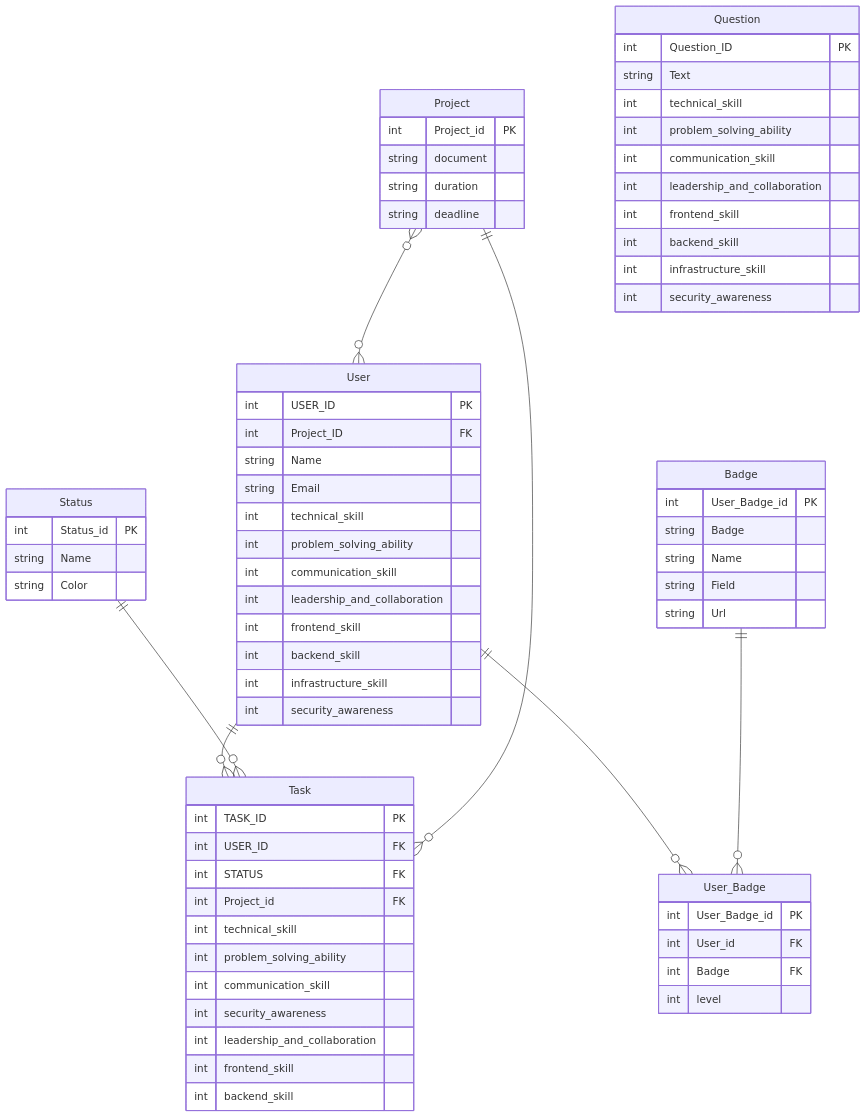
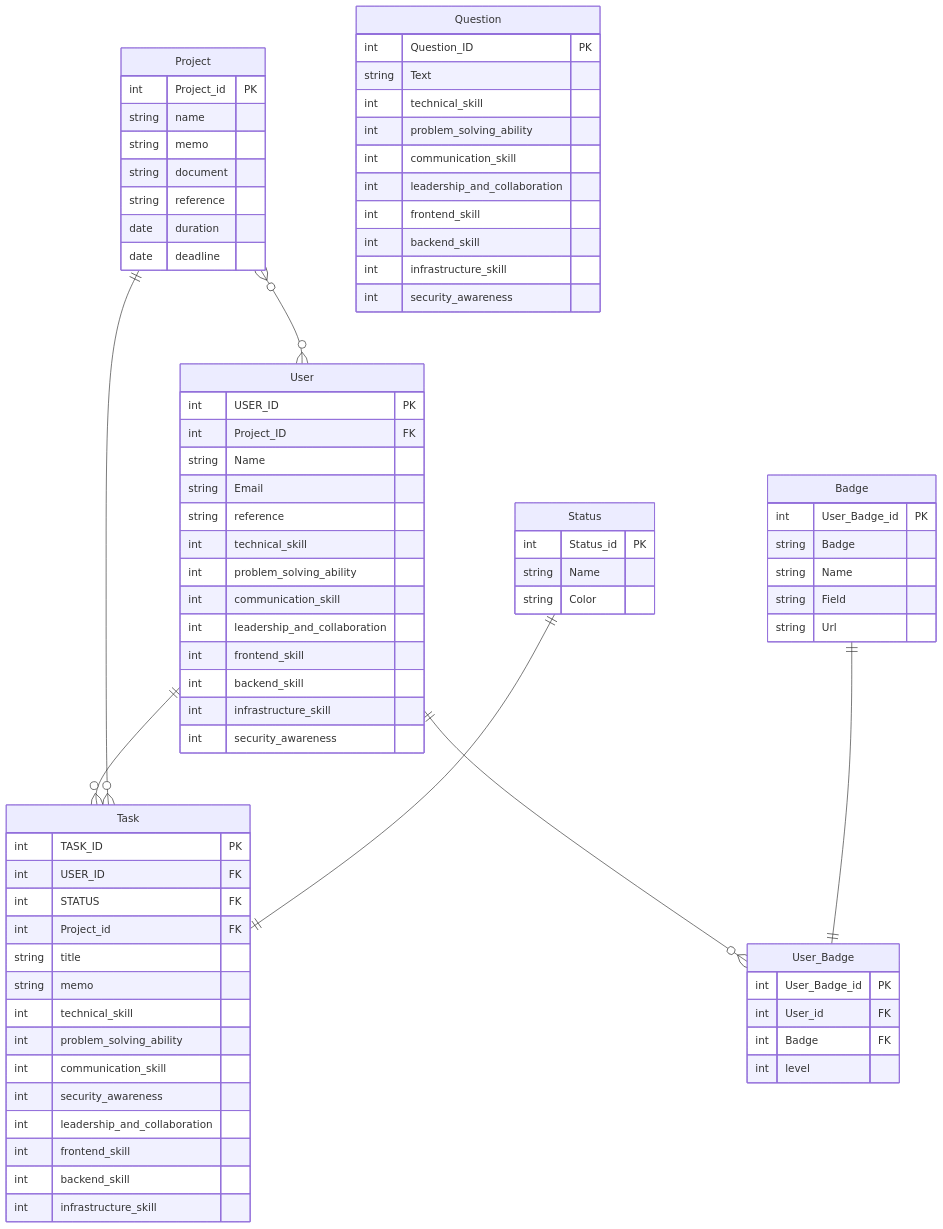
The diagram in README.md (QWERTOP18/SKILL-MATCH-API), drawn with Mermaid before and after one commit. The commit also changed 1 other file, not shown here.

Commit message:
delete answer

```diff
--- a/README.md
+++ b/README.md
@@ -15,16 +15,19 @@
 Project }o--o{ User : ""
 User ||--o{ Task : ""
 User ||--o{ User_Badge : ""
-Badge ||--o{ User_Badge : ""
-Status ||--o{ Task : ""
+Badge ||--|| User_Badge : ""
 Project ||--o{ Task : ""
+Status ||--|| Task : ""
 
 
     Project {
         int Project_id PK
+        string name
+        string memo
         string document
-        string duration
-        string deadline
+        string reference
+        date duration
+        date deadline
     }
 
 
@@ -33,6 +36,7 @@
         int Project_ID FK
         string Name
         string Email
+        string reference
         int technical_skill
         int problem_solving_ability
         int communication_skill
@@ -48,6 +52,8 @@
         int USER_ID FK
         int STATUS FK
         int Project_id FK
+        string title
+        string memo
         int technical_skill
         int problem_solving_ability
         int communication_skill
@@ -55,6 +61,7 @@
         int leadership_and_collaboration
         int frontend_skill
         int backend_skill
+        int infrastructure_skill
     }
 
     Status {
```
